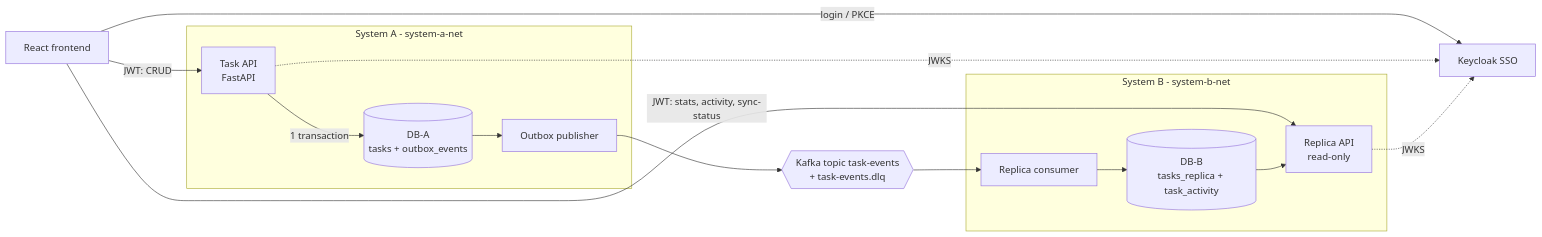
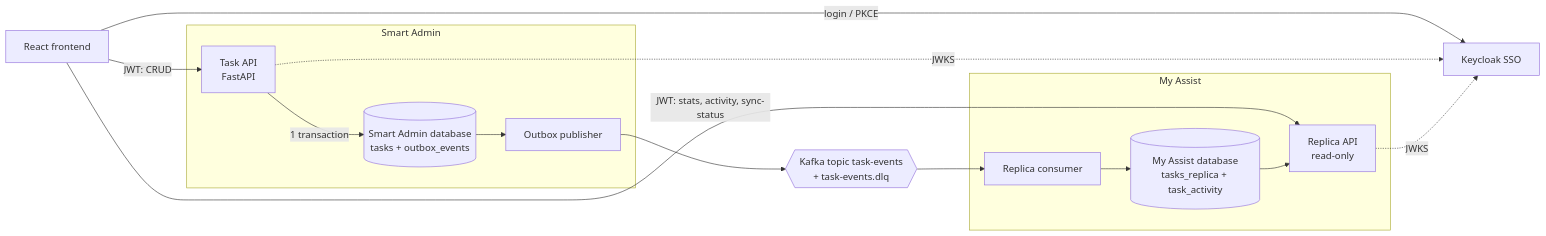
Before and after one commit to MicoDan/aos-demo: the diagram in README.md, drawn with Mermaid. The commit also changed other lines of this file and 32 other files, not shown here.

````diff
--- a/README.md
+++ b/README.md
@@ -9,23 +12,23 @@
 ```mermaid
 flowchart LR
   KC[Keycloak SSO]
   FE[React frontend]
-  subgraph A[System A - system-a-net]
-    API_A[Task API<br/>FastAPI]
-    DBA[(DB-A<br/>tasks + outbox_events)]
+  subgraph SA[Smart Admin]
+    SA_API[Task API<br/>FastAPI]
+    SA_DB[(Smart Admin database<br/>tasks + outbox_events)]
     PUB[Outbox publisher]
   end
   K{{Kafka topic task-events<br/>+ task-events.dlq}}
-  subgraph B[System B - system-b-net]
+  subgraph MA[My Assist]
     CONS[Replica consumer]
-    DBB[(DB-B<br/>tasks_replica + task_activity)]
-    API_B[Replica API<br/>read-only]
+    MA_DB[(My Assist database<br/>tasks_replica + task_activity)]
+    MA_API[Replica API<br/>read-only]
   end
   FE -- login / PKCE --> KC
-  FE -- "JWT: CRUD" --> API_A
-  FE -- "JWT: stats, activity, sync-status" --> API_B
-  API_A -- "1 transaction" --> DBA
-  DBA --> PUB --> K --> CONS --> DBB --> API_B
-  API_A -. JWKS .-> KC
-  API_B -. JWKS .-> KC
+  FE -- "JWT: CRUD" --> SA_API
+  FE -- "JWT: stats, activity, sync-status" --> MA_API
+  SA_API -- "1 transaction" --> SA_DB
+  SA_DB --> PUB --> K --> CONS --> MA_DB --> MA_API
+  SA_API -. JWKS .-> KC
+  MA_API -. JWKS .-> KC
 ```
````
